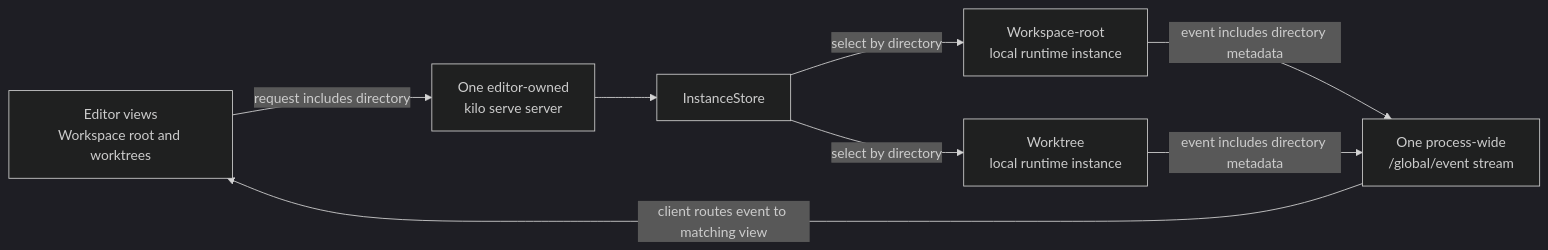
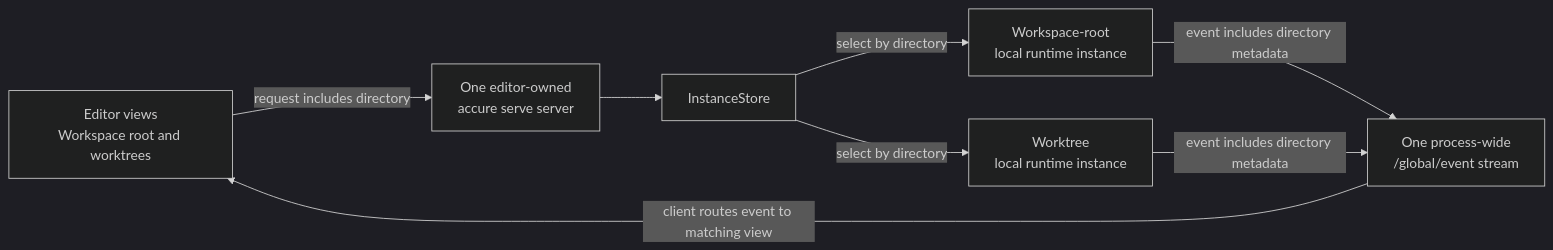
Before and after one commit to Accure-Inc/accure-code: the second of 2 diagrams in packages/accure-docs/pages/contributing/architecture/cli-runtime.md, drawn with Mermaid (dark theme). The commit also changed other lines of this file and 2711 other files, not shown here.

Commit message:
feat: initialize core workspace architecture and component configuration

````diff
--- a/packages/accure-docs/pages/contributing/architecture/cli-runtime.md
+++ b/packages/accure-docs/pages/contributing/architecture/cli-runtime.md
@@ -76,17 +76,17 @@
 ```mermaid
 flowchart LR
   views["Editor views<br/>Workspace root and worktrees"]
-  server["One editor-owned<br/>kilo serve server"]
+  server["One editor-owned<br/>accure serve server"]
   store["InstanceStore"]
   root["Workspace-root<br/>local runtime instance"]
   worktree["Worktree<br/>local runtime instance"]
   sse["One process-wide<br/>/global/event stream"]
 
   views -->|"request includes directory"| server
   server --> store
   store -->|"select by directory"| root
   store -->|"select by directory"| worktree
   root -->|"event includes directory metadata"| sse
   worktree -->|"event includes directory metadata"| sse
   sse -->|"client routes event to matching view"| views
 ```
````
